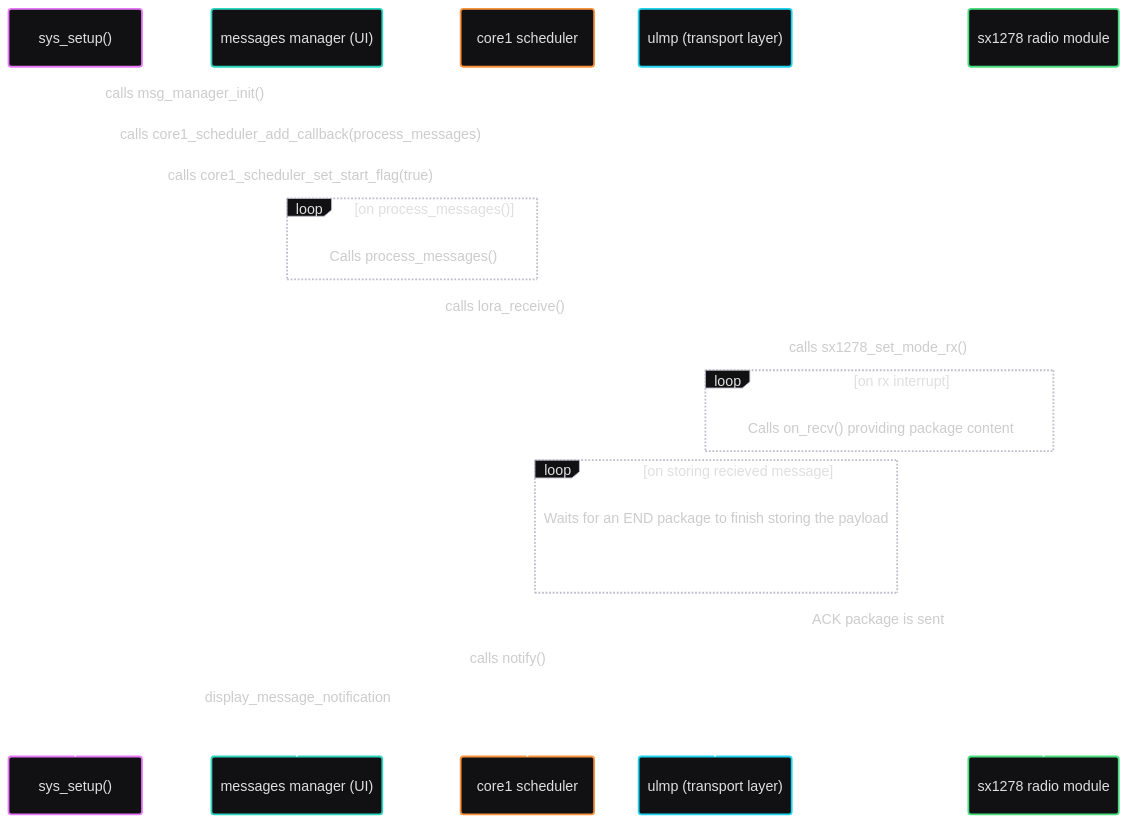
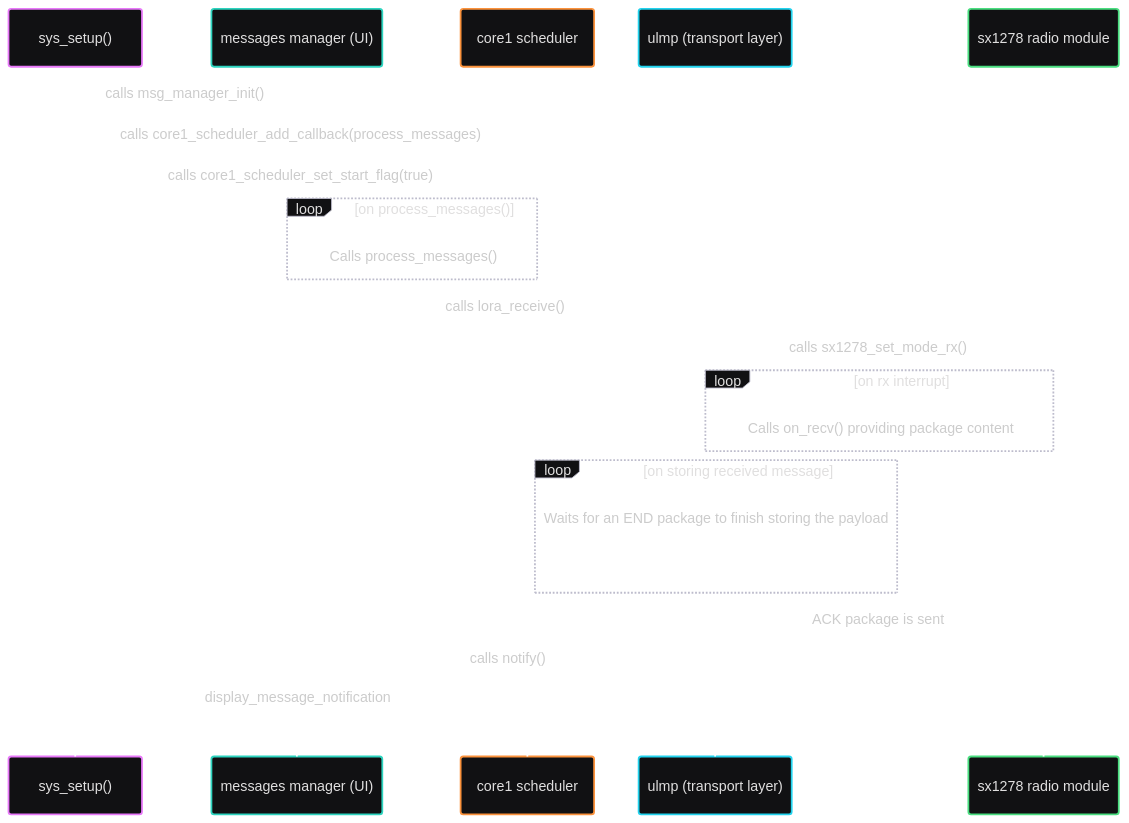
One commit to ArchTonIO/Watchdog_2040 changed the second of 4 diagrams in README.md. Above: the diagram before and after it, drawn with Mermaid. The commit also changed other lines of this file and 7 other files, not shown here.

````diff
--- a/README.md
+++ b/README.md
@@ -156,41 +179,41 @@
 ```mermaid
 ---
 config:
   theme: redux-dark-color
 ---
 
 sequenceDiagram
     participant setup as sys_setup()
     participant msg_man as messages manager (UI)
     participant core1 as core1 scheduler
     participant ulmp as ulmp (transport layer)
     participant radio as sx1278 radio module
 
 
     setup->>msg_man: calls msg_manager_init()
     setup->>core1: calls core1_scheduler_add_callback(process_messages)
     setup->>core1: calls core1_scheduler_set_start_flag(true)
     
     loop on process_messages()
         core1->>msg_man: Calls process_messages()
     end
     
     msg_man->>ulmp: calls lora_receive()
     ulmp->>radio: calls sx1278_set_mode_rx()
 
     loop on rx interrupt
         radio->>ulmp: Calls on_recv() providing package content
     end
 
-    loop on storing recieved message
+    loop on storing received message
         ulmp->>ulmp: Waits for an END package to finish storing the payload
     end
 
     ulmp->>radio: ACK package is sent
     ulmp->>msg_man: calls notify()
 
     msg_man->>msg_man: display_message_notification
 
 
 
 ```
````
